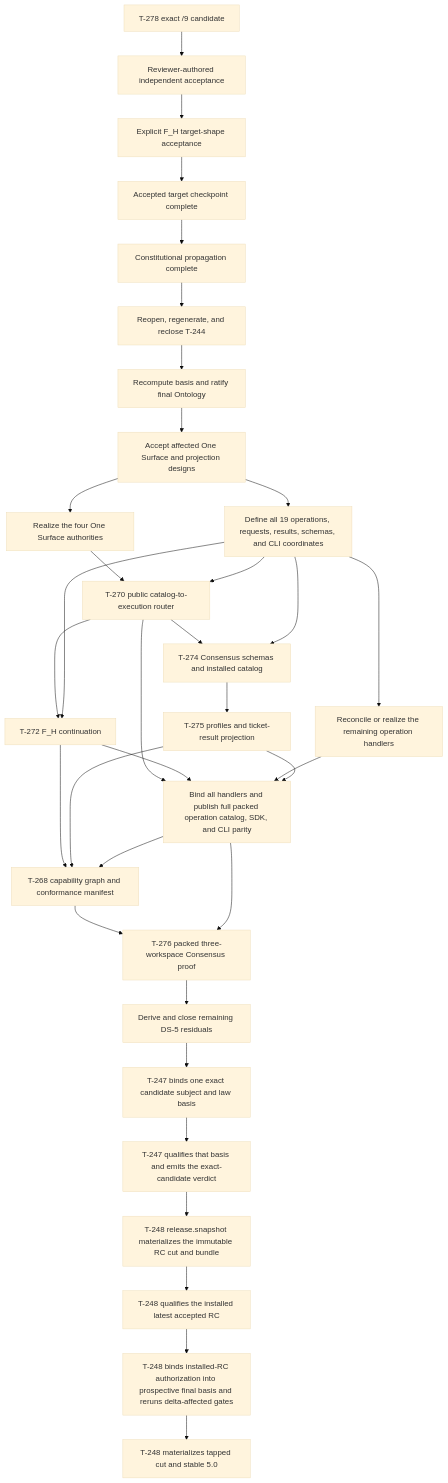
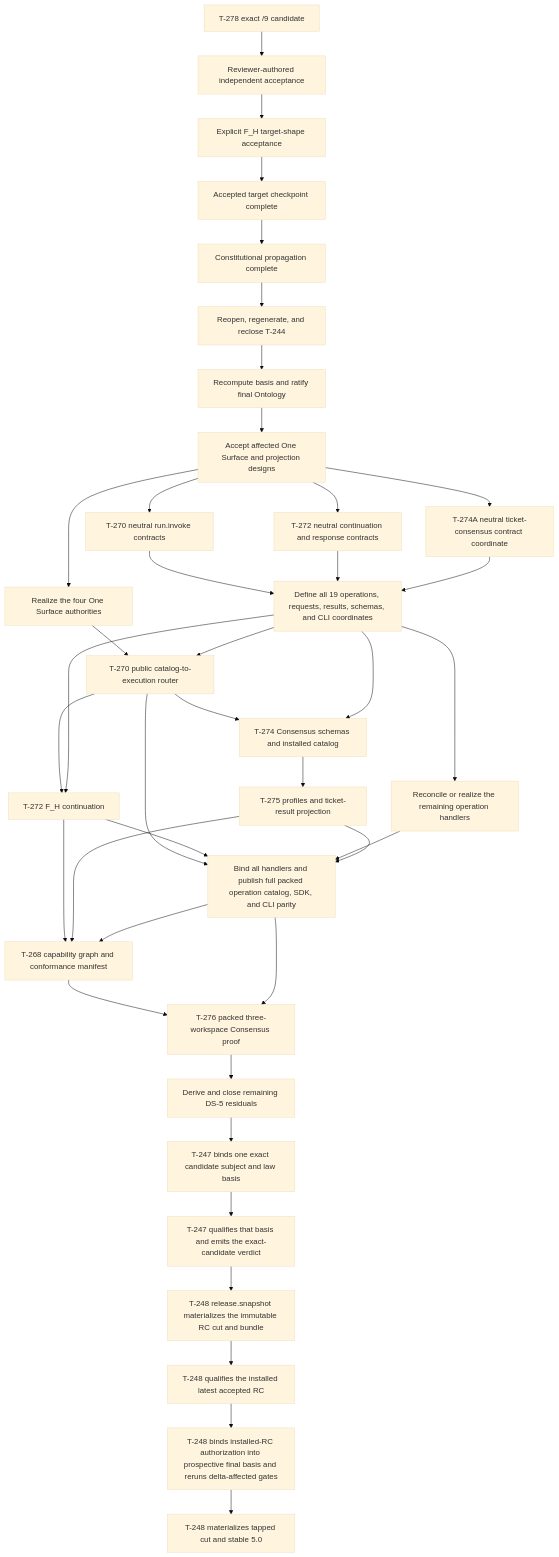
One commit to foolishimp/abiogenesis changed the diagram in specification/GOALS.md. Above: the diagram before and after it, drawn with Mermaid (base theme). The commit also changed other lines of this file and 4 other files, not shown here.

Commit message:
plan(a5): split neutral contracts from runtime integration

````diff
--- a/specification/GOALS.md
+++ b/specification/GOALS.md
@@ -139,36 +139,41 @@
 ```mermaid
 flowchart TD
   A[T-278 exact /9 candidate] --> A2[Reviewer-authored independent acceptance]
   A2 --> A3[Explicit F_H target-shape acceptance]
   A3 --> S[Accepted target checkpoint complete]
   S --> B[Constitutional propagation complete]
   B --> C[Reopen, regenerate, and reclose T-244]
   C --> D[Recompute basis and ratify final Ontology]
   D --> E[Accept affected One Surface and projection designs]
   E --> O[Realize the four One Surface authorities]
-  E --> P1[Define all 19 operations, requests, results, schemas, and CLI coordinates]
+  E --> N270[T-270 neutral run.invoke contracts]
+  E --> N272[T-272 neutral continuation and response contracts]
+  E --> H0[T-274A neutral ticket-consensus contract coordinate]
+  N270 --> P1[Define all 19 operations, requests, results, schemas, and CLI coordinates]
+  N272 --> P1
+  H0 --> P1
   O --> F[T-270 public catalog-to-execution router]
   P1 --> F
   P1 --> Q[Reconcile or realize the remaining operation handlers]
   F --> G[T-272 F_H continuation]
   P1 --> G
   F --> H[T-274 Consensus schemas and installed catalog]
   P1 --> H
   H --> I[T-275 profiles and ticket-result projection]
   F --> P2[Bind all handlers and publish full packed operation catalog, SDK, and CLI parity]
   G --> P2
   Q --> P2
   I --> P2
   G --> J[T-268 capability graph and conformance manifest]
   I --> J
   P2 --> J
   J --> K[T-276 packed three-workspace Consensus proof]
   P2 --> K
   K --> L[Derive and close remaining DS-5 residuals]
   L --> B1[T-247 binds one exact candidate subject and law basis]
   B1 --> B2[T-247 qualifies that basis and emits the exact-candidate verdict]
   B2 --> R[T-248 release.snapshot materializes the immutable RC cut and bundle]
   R --> V[T-248 qualifies the installed latest accepted RC]
   V --> F1[T-248 binds installed-RC authorization into prospective final basis and reruns delta-affected gates]
   F1 --> N[T-248 materializes tapped cut and stable 5.0]
 ```
````
